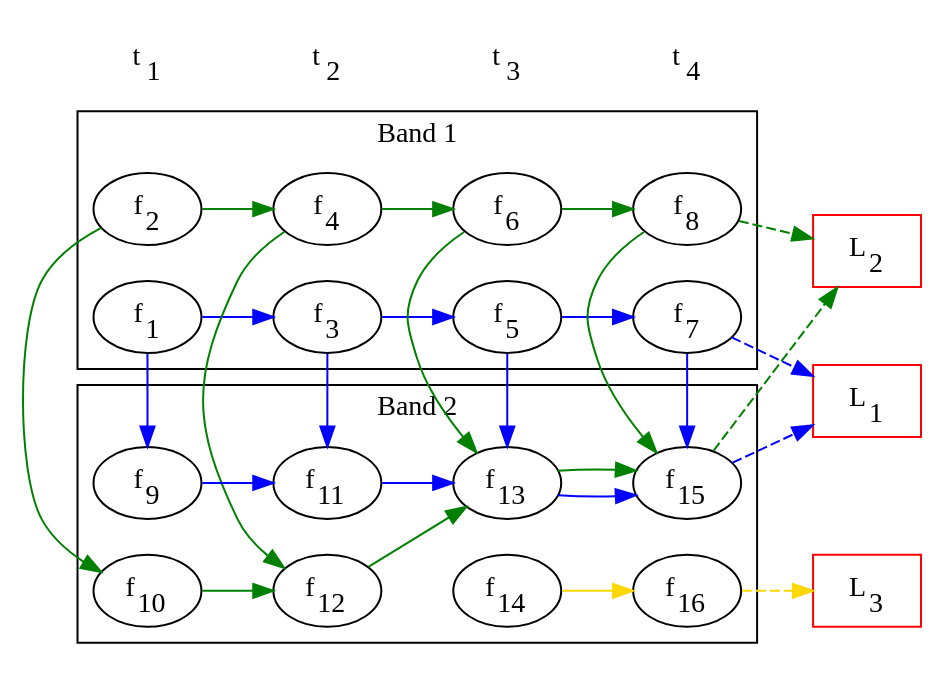
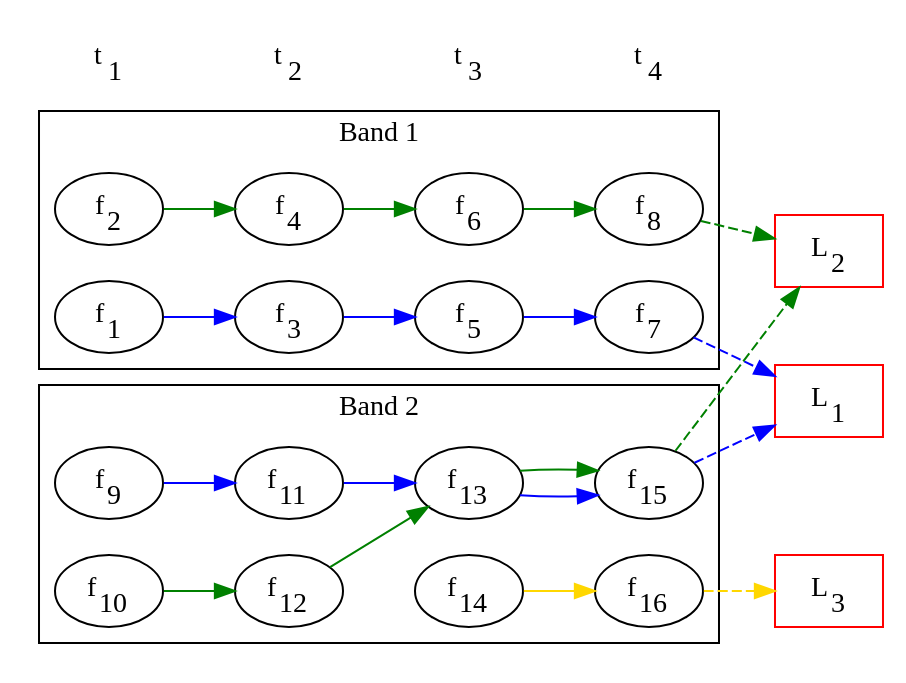
Before and after one commit to transientskp/tkp: the diagram in documentation/source/database/assoc/many2one.crossband.dot, drawn with Graphviz. The commit also changed 5 other files, not shown here.

```diff
--- a/documentation/source/database/assoc/many2one.crossband.dot
+++ b/documentation/source/database/assoc/many2one.crossband.dot
@@ -1,63 +1,52 @@
 digraph many2one {
     rankdir=LR;
     f1 [label=<f<SUB>1</SUB>>];
     f2 [label=<f<SUB>2</SUB>>];
     f3 [label=<f<SUB>3</SUB>>];
     f4 [label=<f<SUB>4</SUB>>];
     f5 [label=<f<SUB>5</SUB>>];
     f6 [label=<f<SUB>6</SUB>>];
     f7 [label=<f<SUB>7</SUB>>];
     f8 [label=<f<SUB>8</SUB>>];
     f9 [label=<f<SUB>9</SUB>>];
     f10 [label=<f<SUB>10</SUB>>];
     f11 [label=<f<SUB>11</SUB>>];
     f12 [label=<f<SUB>12</SUB>>];
     f13 [label=<f<SUB>13</SUB>>];
     f14 [label=<f<SUB>14</SUB>>];
     f15 [label=<f<SUB>15</SUB>>];
     f16 [label=<f<SUB>16</SUB>>];
 
     subgraph cluster0 {
         node [style=filled,color=white];
         f1 -> f3 -> f5 -> f7 [color=blue];
         f2 -> f4 -> f6 -> f8 [color=green];
         label = "Band 1";
     }
     subgraph cluster1 {
         rank = min;
         node [style=filled];
         f9 -> f11 -> f13 -> f15 [color=blue];
         f10 -> f12 -> f13 -> f15 [color=green];
         f12 -> f14 [style=invis];
         f14 -> f16 [color=gold];
         label = "Band 2";
     }
-    edge[color=blue, constraint=false];
-    f1 -> f9;
-    f3 -> f11;
-    f5 -> f13;
-    f7 -> f15;
-    edge[color=green, constraint=false];
-    f2 -> f10;
-    f4 -> f12;
-    f6 -> f13;
-    f8 -> f15;
-    edge[constraint=true];
 
     f7 -> l1 [style=dashed, color=blue];
     f15 -> l1 [style=dashed, color=blue];
     l1[label=<L<SUB>1</SUB>>, shape=box, color=red];
     f8 -> l2 [style=dashed, color=green];
     f15 -> l2 [style=dashed, color=green];
     l2[label=<L<SUB>2</SUB>>, shape=box, color=red];
     f16 -> l3 [style=dashed, color=gold]
     l3[label=<L<SUB>3</SUB>>, shape=box, color=red];
 
     node[shape=none];
     edge[style=invis];
     t1 [label=<t<SUB>1</SUB>>];
     t2 [label=<t<SUB>2</SUB>>];
     t3 [label=<t<SUB>3</SUB>>];
     t4 [label=<t<SUB>4</SUB>>];
     t1 -> t2 -> t3 -> t4;
 }
```
